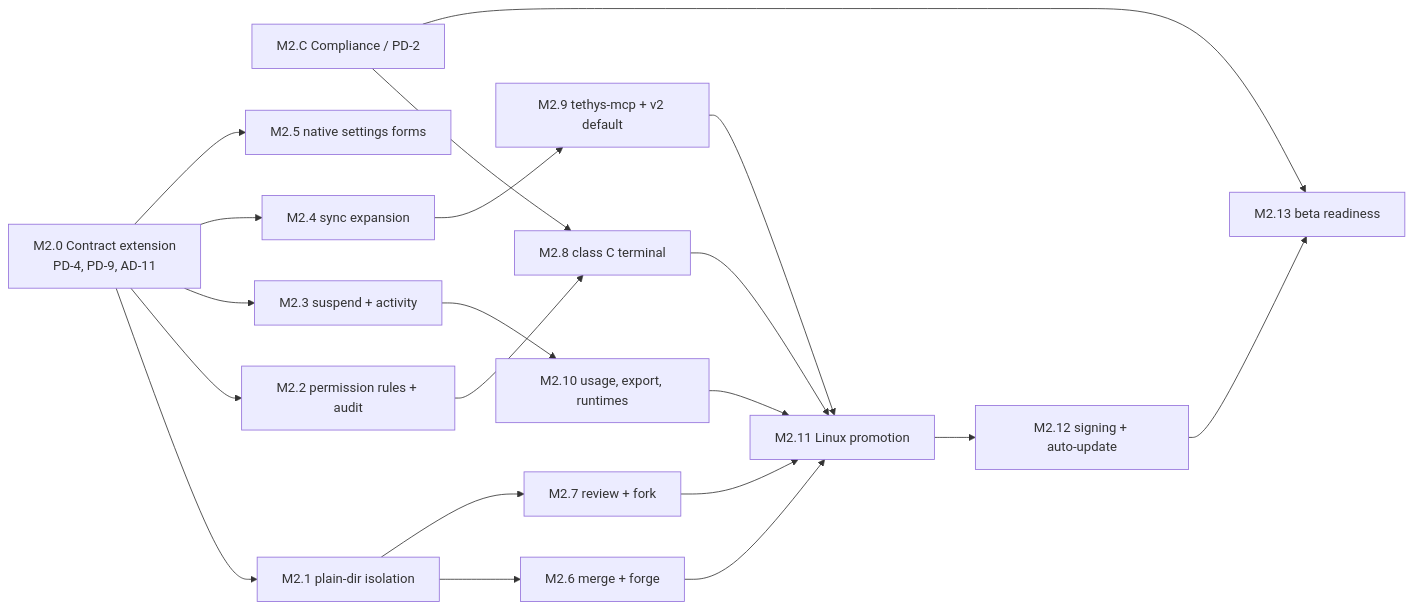
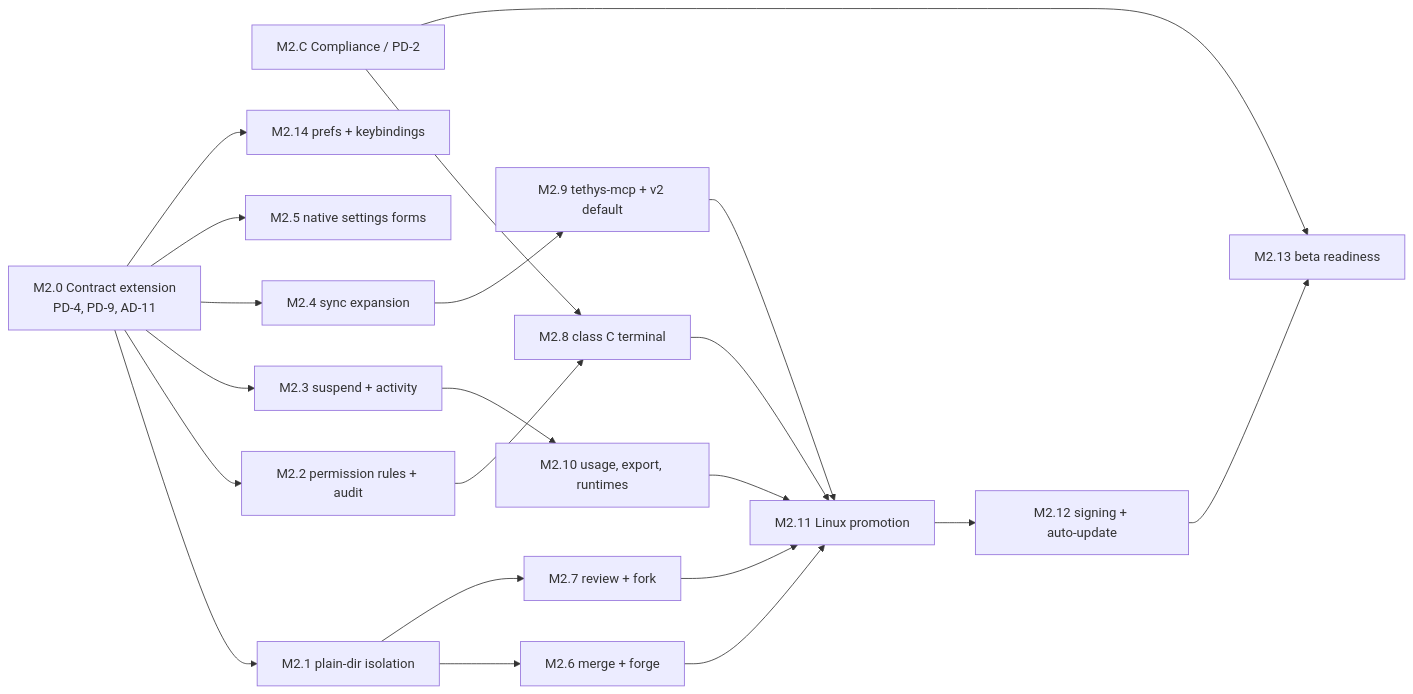
The second of 2 diagrams in docs/milestone.md (Noentic/tethys), drawn with Mermaid before and after one commit. The commit also changed other lines of this file and 4 other files, not shown here.

````diff
--- a/docs/milestone.md
+++ b/docs/milestone.md
@@ -218,24 +228,25 @@
 ```mermaid
 flowchart LR
     C["M2.C Compliance / PD‑2"]
     M0["M2.0 Contract extension<br/>PD‑4, PD‑9, AD‑11"]
     M0 --> M1["M2.1 plain‑dir isolation"]
     M0 --> M2["M2.2 permission rules + audit"]
     M0 --> M3["M2.3 suspend + activity"]
     M0 --> M4["M2.4 sync expansion"]
     M0 --> M5["M2.5 native settings forms"]
+    M0 --> M14["M2.14 prefs + keybindings"]
     M1 --> M6["M2.6 merge + forge"]
     M1 --> M7["M2.7 review + fork"]
     C --> M8["M2.8 class C terminal"]
     M2 --> M8
     M4 --> M9["M2.9 tethys-mcp + v2 default"]
     M3 --> M10["M2.10 usage, export, runtimes"]
     M6 --> M11["M2.11 Linux promotion"]
     M7 --> M11
     M8 --> M11
     M9 --> M11
     M10 --> M11
     M11 --> M12["M2.12 signing + auto‑update"]
     M12 --> M13["M2.13 beta readiness"]
     C --> M13
 ```
````
